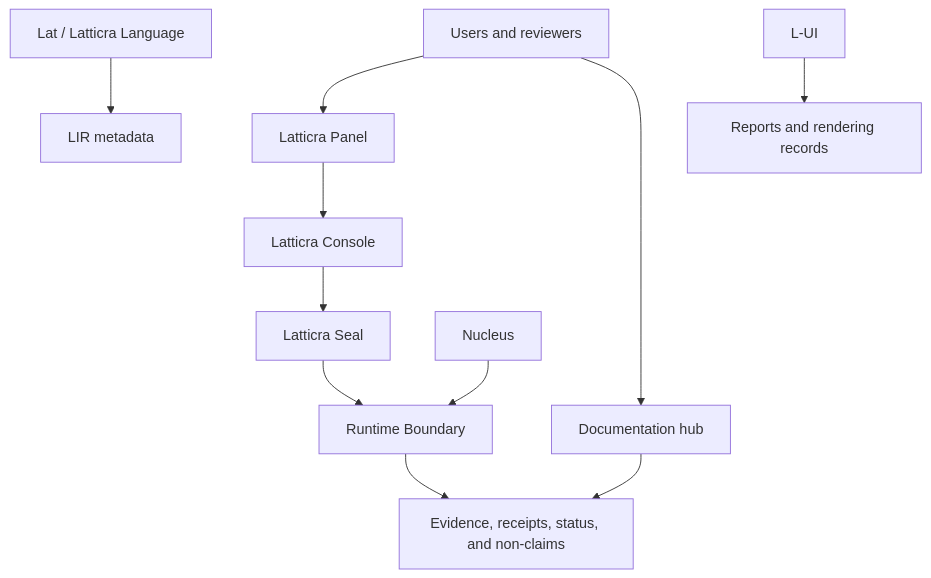
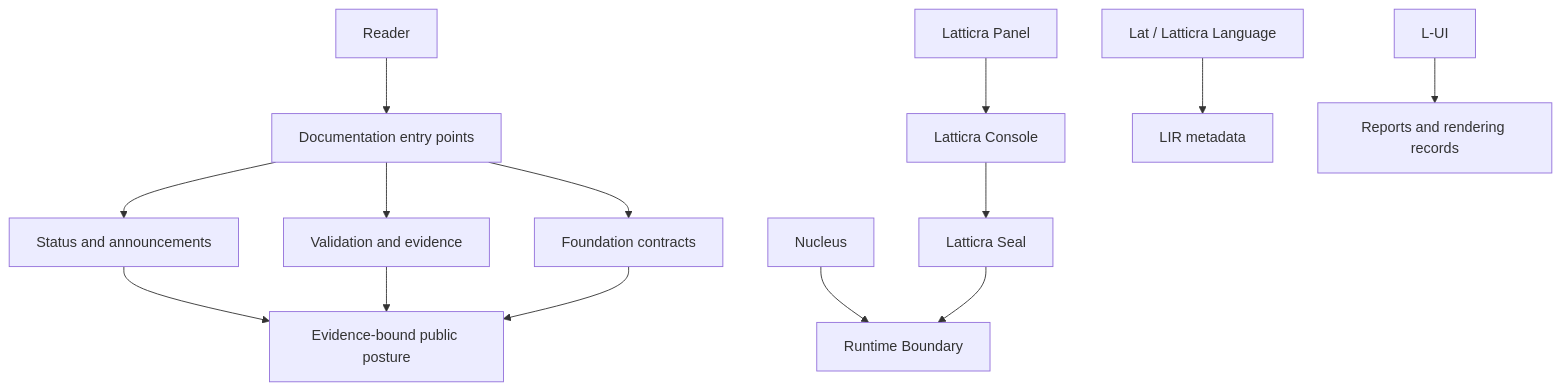
The diagram in README.md (chasebryan/Latticra), drawn with Mermaid before and after one commit. The commit also changed other lines of this file and 292 other files, not shown here.

````diff
--- a/README.md
+++ b/README.md
@@ -51,13 +92,16 @@
 ```mermaid
 flowchart TD
-  user["Users and reviewers"] --> panel["Latticra Panel"]
-  user --> docs["Documentation hub"]
-  panel --> console["Latticra Console"]
+  reader["Reader"] --> docs["Documentation entry points"]
+  docs --> status["Status and announcements"]
+  docs --> foundation["Foundation contracts"]
+  docs --> validation["Validation and evidence"]
+  panel["Latticra Panel"] --> console["Latticra Console"]
   console --> seal["Latticra Seal"]
   lat["Lat / Latticra Language"] --> lir["LIR metadata"]
   lui["L-UI"] --> reports["Reports and rendering records"]
   nucleus["Nucleus"] --> runtime["Runtime Boundary"]
   seal --> runtime
-  runtime --> evidence["Evidence, receipts, status, and non-claims"]
-  docs --> evidence
+  status --> evidence["Evidence-bound public posture"]
+  validation --> evidence
+  foundation --> evidence
 ```
````
